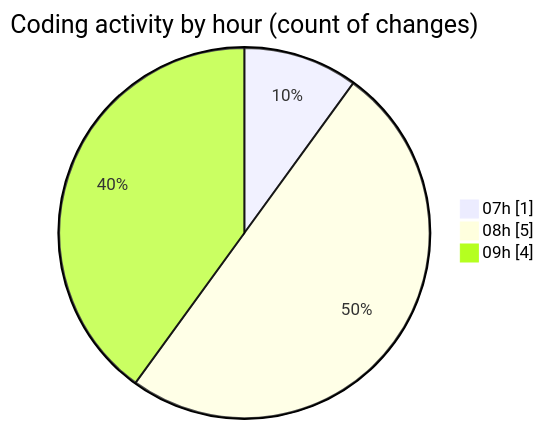
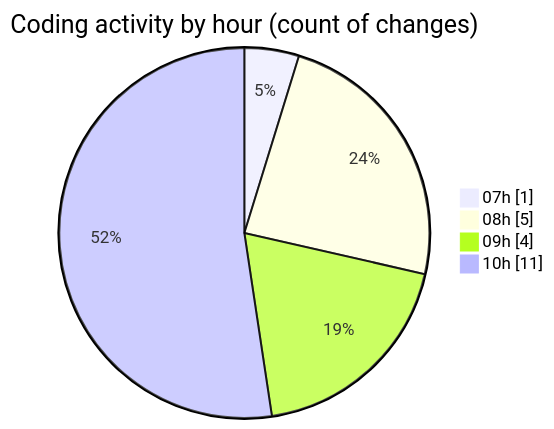
Before and after one commit to momahboobian/code-tracking: the second of 2 diagrams in 2025-05-14/cda/README.md, drawn with Mermaid. The commit also changed other lines of this file and 1 other file, not shown here.

````diff
--- a/2025-05-14/cda/README.md
+++ b/2025-05-14/cda/README.md
@@ -35,7 +35,8 @@
 ```mermaid
 pie showData
 title Coding activity by hour (count of changes)
 "07h" : 1
 "08h" : 5
 "09h" : 4
+"10h" : 11
 ```
````
